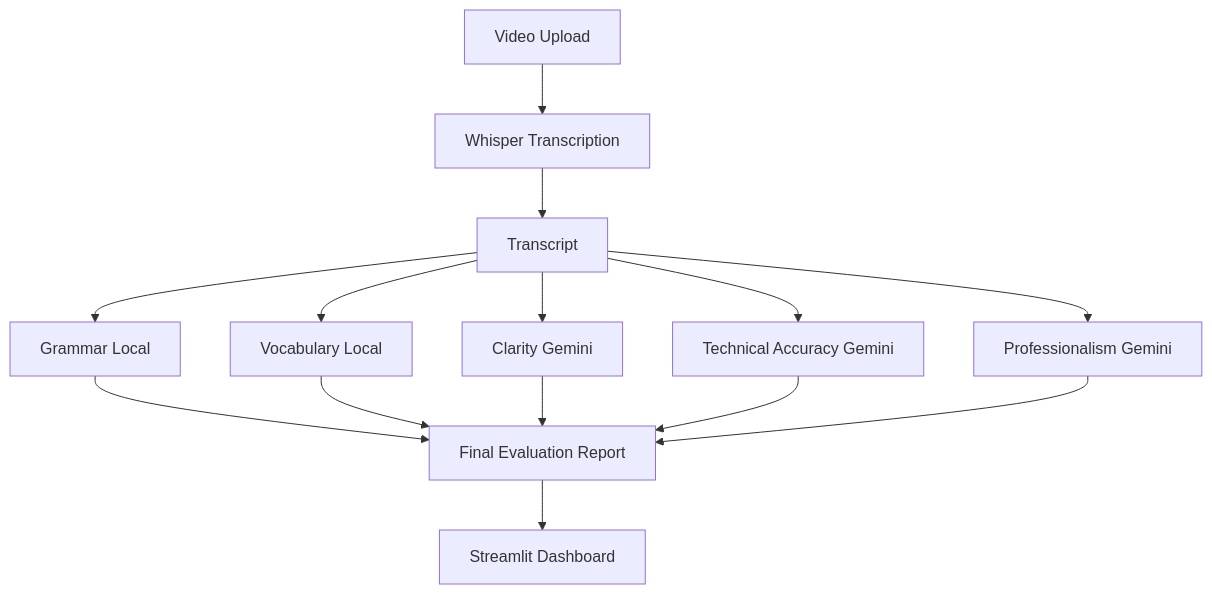
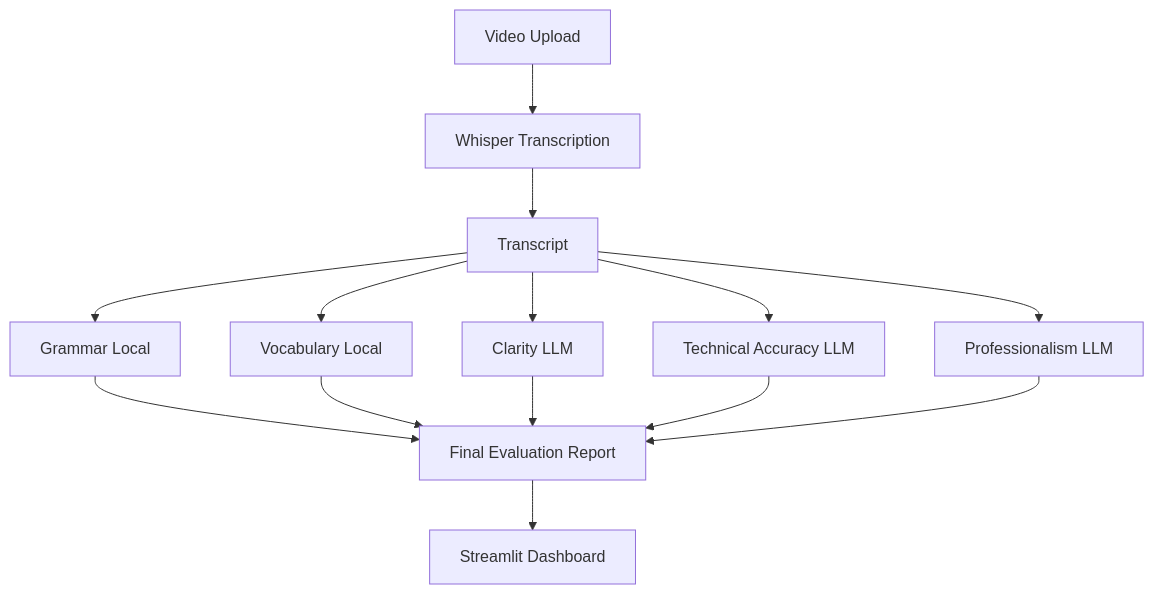
One commit to Ruby-Rubin/AI-Transcript-Evaluator changed the diagram in README.md. Above: the diagram before and after it, drawn with Mermaid. The commit also changed other lines of this file, not shown here.

````diff
--- a/README.md
+++ b/README.md
@@ -20,19 +20,19 @@
 ```mermaid
 flowchart TD
     A[Video Upload] --> B[Whisper Transcription]
     B --> C[Transcript]
 
     C --> D[Grammar Local]
     C --> E[Vocabulary Local]
-    C --> F[Clarity Gemini]
-    C --> G[Technical Accuracy Gemini]
-    C --> H[Professionalism Gemini]
+    C --> F[Clarity LLM]
+    C --> G[Technical Accuracy LLM]
+    C --> H[Professionalism LLM]
 
     D --> I[Final Evaluation Report]
     E --> I
     F --> I
     G --> I
     H --> I
 
     I --> J[Streamlit Dashboard]
 ```
````
